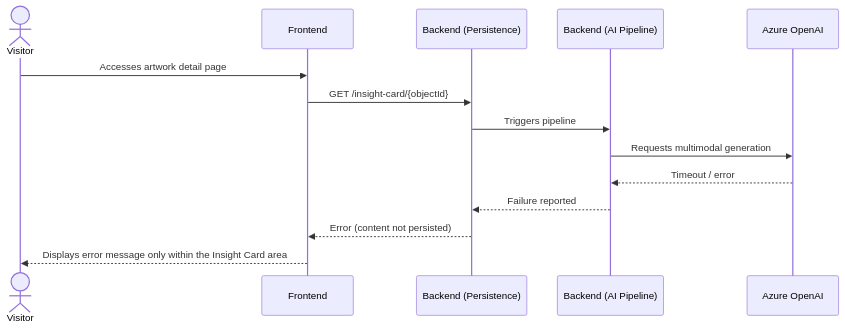
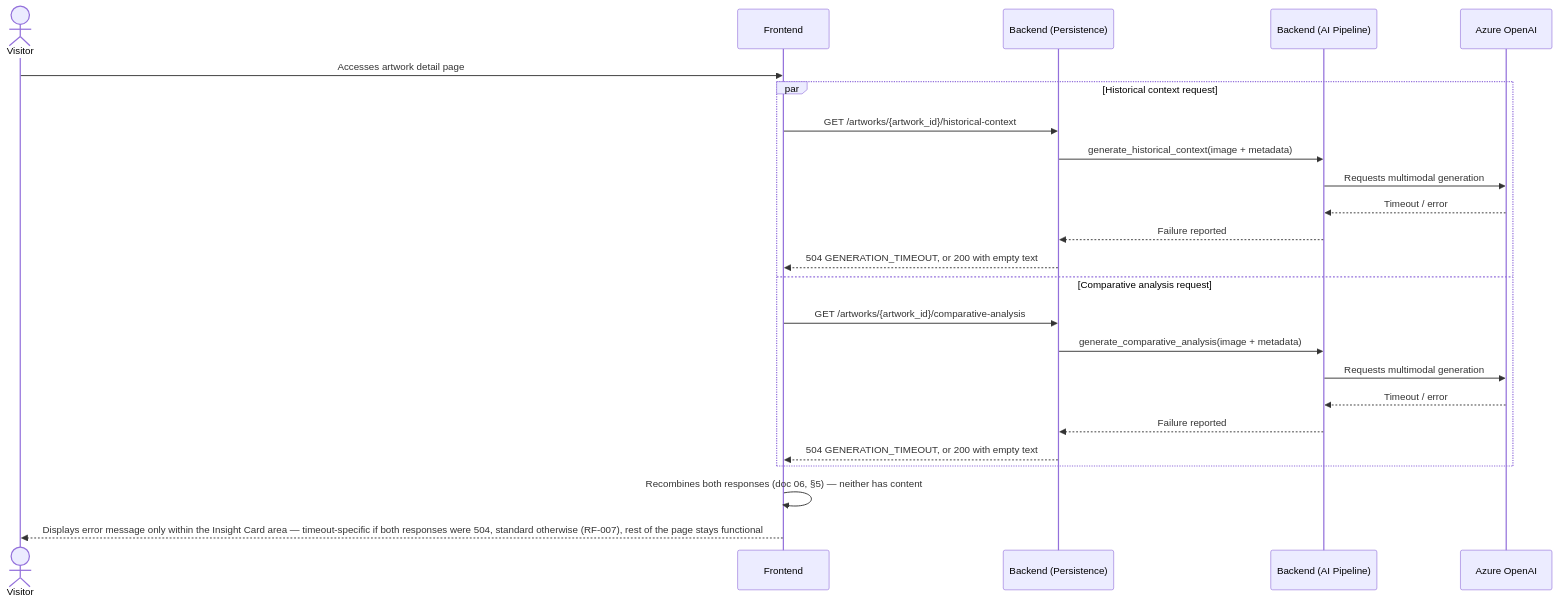
Before and after one commit to Jeferson-Filho/Art-Archive-Front-AI: the fifth of 7 diagrams in documentation/specs/04-architecture.md, drawn with Mermaid. The commit also changed other lines of this file and 10 other files, not shown here.

````diff
--- a/documentation/specs/04-architecture.md
+++ b/documentation/specs/04-architecture.md
@@ -180,17 +230,27 @@
 ```mermaid
 sequenceDiagram
     actor V as Visitor
     participant FE as Frontend
     participant BE as Backend (Persistence)
     participant AI as Backend (AI Pipeline)
     participant LLM as Azure OpenAI
 
     V->>FE: Accesses artwork detail page
-    FE->>BE: GET /insight-card/{objectId}
-    BE->>AI: Triggers pipeline
-    AI->>LLM: Requests multimodal generation
-    LLM-->>AI: Timeout / error
-    AI-->>BE: Failure reported
-    BE-->>FE: Error (content not persisted)
-    FE-->>V: Displays error message only within the Insight Card area
+    par Historical context request
+        FE->>BE: GET /artworks/{artwork_id}/historical-context
+        BE->>AI: generate_historical_context(image + metadata)
+        AI->>LLM: Requests multimodal generation
+        LLM-->>AI: Timeout / error
+        AI-->>BE: Failure reported
+        BE-->>FE: 504 GENERATION_TIMEOUT, or 200 with empty text
+    and Comparative analysis request
+        FE->>BE: GET /artworks/{artwork_id}/comparative-analysis
+        BE->>AI: generate_comparative_analysis(image + metadata)
+        AI->>LLM: Requests multimodal generation
+        LLM-->>AI: Timeout / error
+        AI-->>BE: Failure reported
+        BE-->>FE: 504 GENERATION_TIMEOUT, or 200 with empty text
+    end
+    FE->>FE: Recombines both responses (doc 06, §5) — neither has content
+    FE-->>V: Displays error message only within the Insight Card area — timeout-specific if both responses were 504, standard otherwise (RF-007), rest of the page stays functional
 ```
````
